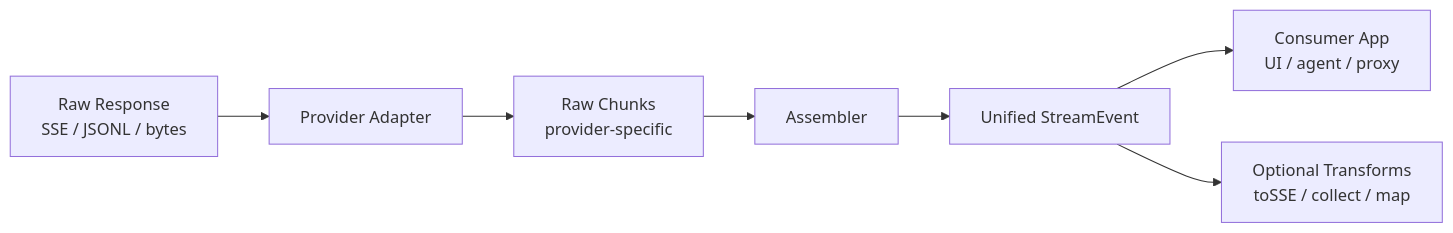
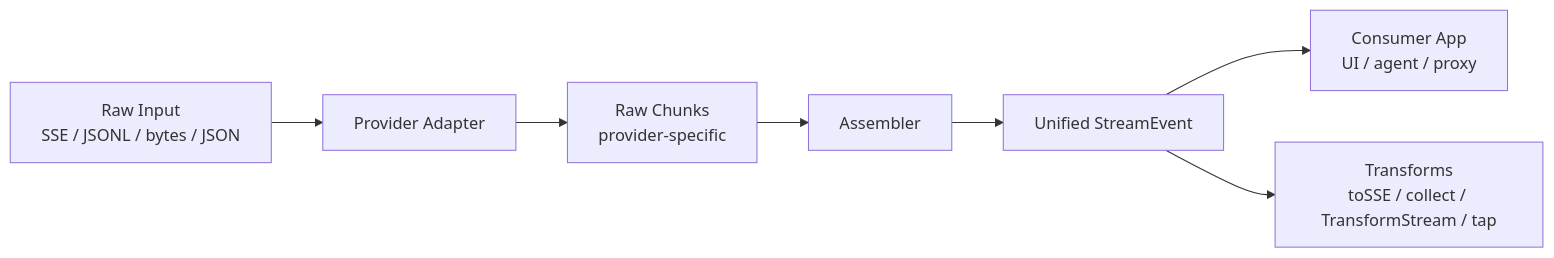
Before and after one commit to 01laky/llm-stream-assemble: the diagram in docs/proposal.md, drawn with Mermaid. The commit also changed other lines of this file and 45 other files, not shown here.

````diff
--- a/docs/proposal.md
+++ b/docs/proposal.md
@@ -74,9 +111,9 @@
 ```mermaid
 flowchart LR
-  A[Raw Response\nSSE / JSONL / bytes] --> B[Provider Adapter]
+  A[Raw Input\nSSE / JSONL / bytes / JSON] --> B[Provider Adapter]
   B --> C[Raw Chunks\nprovider-specific]
   C --> D[Assembler]
   D --> E[Unified StreamEvent]
   E --> F[Consumer App\nUI / agent / proxy]
-  E --> G[Optional Transforms\ntoSSE / collect / map]
+  E --> G[Transforms\ntoSSE / collect / TransformStream / tap]
 ```
````
